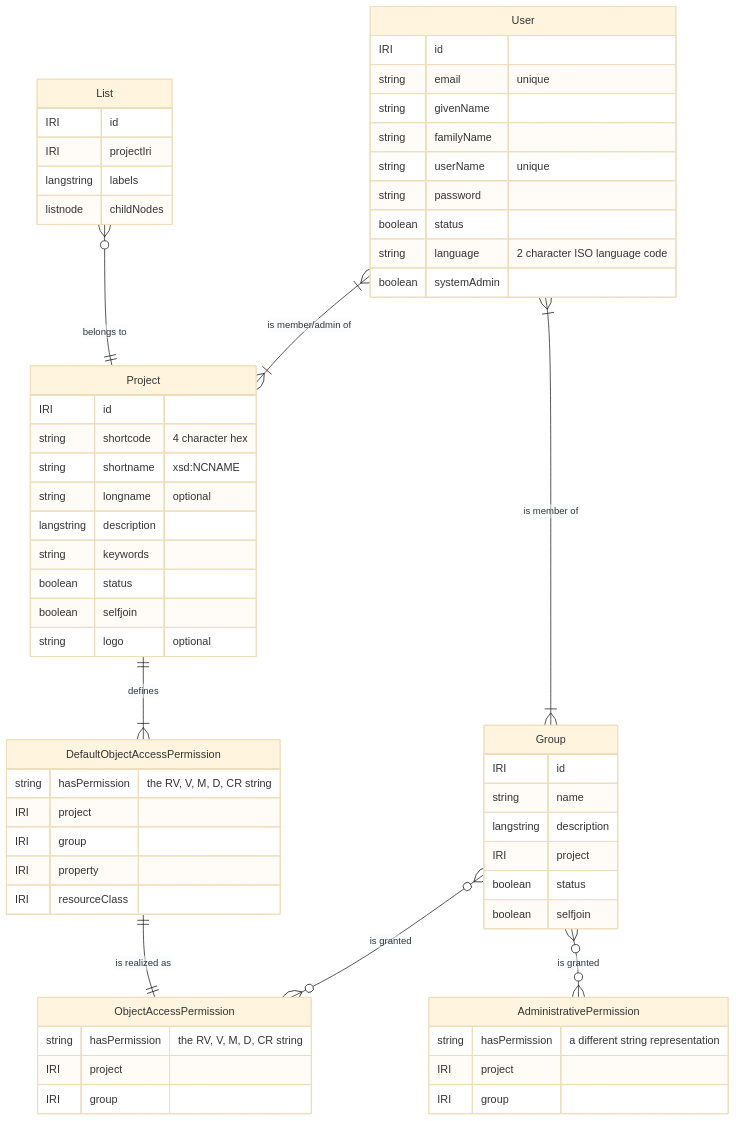
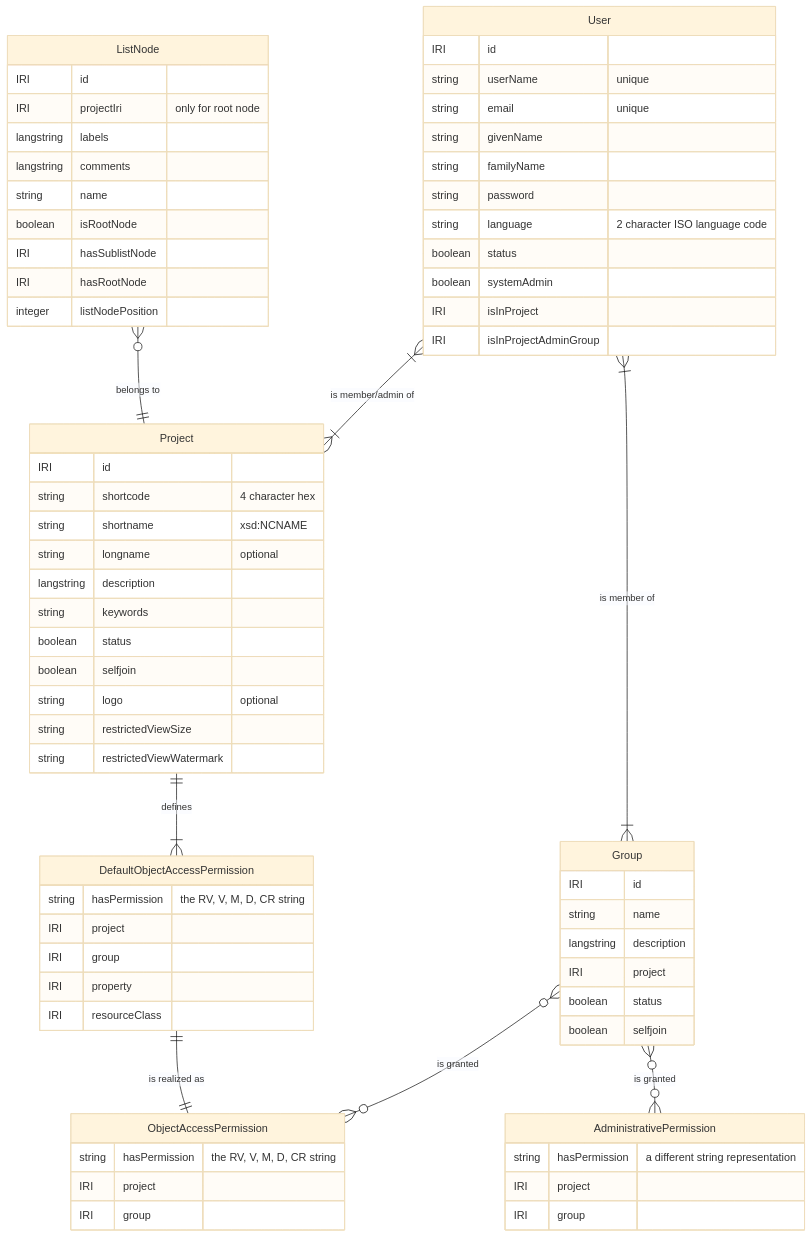
Before and after one commit to dasch-swiss/dsp-api: the second of 3 diagrams in docs/architecture/docs/domain-model.md, drawn with Mermaid (base theme). The commit also changed other lines of this file, not shown here.

Commit message:
continue on diagrams

````diff
--- a/docs/architecture/docs/domain-model.md
+++ b/docs/architecture/docs/domain-model.md
@@ -13,67 +24,76 @@
 ```mermaid
 erDiagram
     User {
         IRI id
+        string userName "unique"
         string email "unique"
         string givenName
         string familyName
-        string userName "unique"
         string password
+        string language "2 character ISO language code"
         boolean status
-        string language "2 character ISO language code"
         boolean systemAdmin
+        IRI isInProject
+        IRI isInProjectAdminGroup
     }
 
     Project {
         IRI id
         string shortcode "4 character hex"
         string shortname "xsd:NCNAME"
         string longname "optional"
         langstring description
         string keywords
         boolean status
         boolean selfjoin
         string logo "optional"
+        string restrictedViewSize
+        string restrictedViewWatermark
     }
 
     Group {
         IRI id
         string name
         langstring description
         IRI project
         boolean status
         boolean selfjoin
     }
 
-    List {
+    ListNode {
         IRI id
-        IRI projectIri
+        IRI projectIri "only for root node"
         langstring labels
-        listnode childNodes
+        langstring comments
+        string name
+        boolean isRootNode
+        IRI hasSublistNode
+        IRI hasRootNode
+        integer listNodePosition
     }
     ObjectAccessPermission {
         string hasPermission "the RV, V, M, D, CR string"
         IRI project
         IRI group
     }
     DefaultObjectAccessPermission {
         string hasPermission "the RV, V, M, D, CR string"
         IRI project
         IRI group
         IRI property
         IRI resourceClass
     }
     AdministrativePermission {
         string hasPermission "a different string representation"
         IRI project
         IRI group
     }
 
     User }|--|{ Project: "is member/admin of"
     User }|--|{ Group: "is member of"
-    List }o--|| Project: "belongs to"
+    ListNode }o--|| Project: "belongs to"
     Project ||--|{ DefaultObjectAccessPermission: defines
     Group }o--o{ AdministrativePermission: "is granted"
     Group }o--o{ ObjectAccessPermission: "is granted"
     DefaultObjectAccessPermission ||--|| ObjectAccessPermission: "is realized as"
 ```
````
